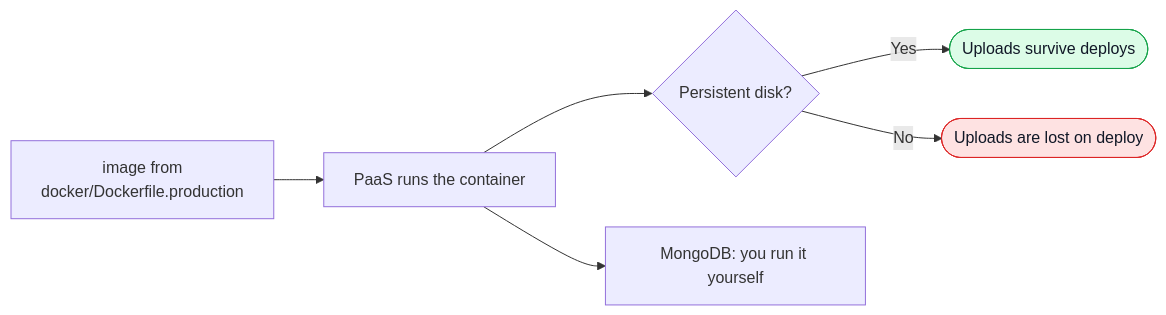
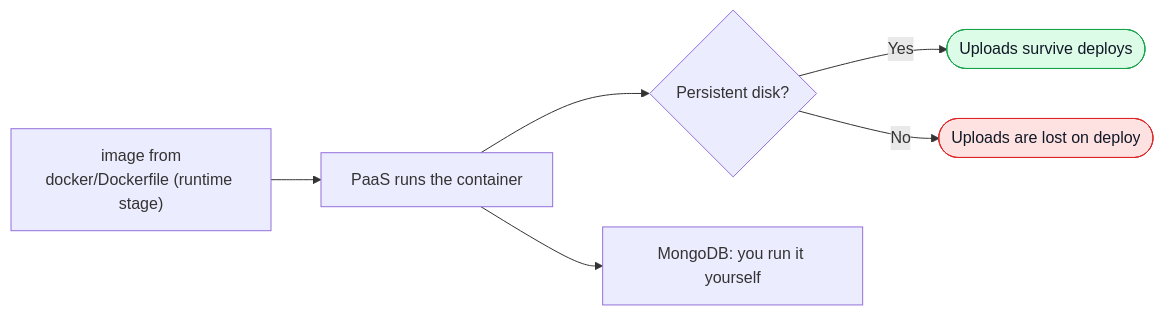
One commit to Guebbit/boilerplate-node-backend changed the diagram in docs/operate/ways-to-deploy/container-paas.md. Above: the diagram before and after it, drawn with Mermaid. The commit also changed 31 other files, not shown here.

````diff
--- a/docs/operate/ways-to-deploy/container-paas.md
+++ b/docs/operate/ways-to-deploy/container-paas.md
@@ -10,13 +10,13 @@
 ```mermaid
 flowchart LR
-    Image["image from\ndocker/Dockerfile.production"] --> Platform["PaaS runs the container"]
+    Image["image from\ndocker/Dockerfile (runtime stage)"] --> Platform["PaaS runs the container"]
     Platform --> Disk{"Persistent disk?"}
     Disk -->|"Yes"| Uploads(["Uploads survive deploys"])
     Disk -->|"No"| Lost(["Uploads are lost on deploy"])
     Platform --> DB["MongoDB: you run it yourself"]
 
     classDef bad fill:#fee2e2,stroke:#dc2626,color:#111827;
     classDef good fill:#dcfce7,stroke:#16a34a,color:#111827;
     class Lost bad;
     class Uploads good;
 ```
````
